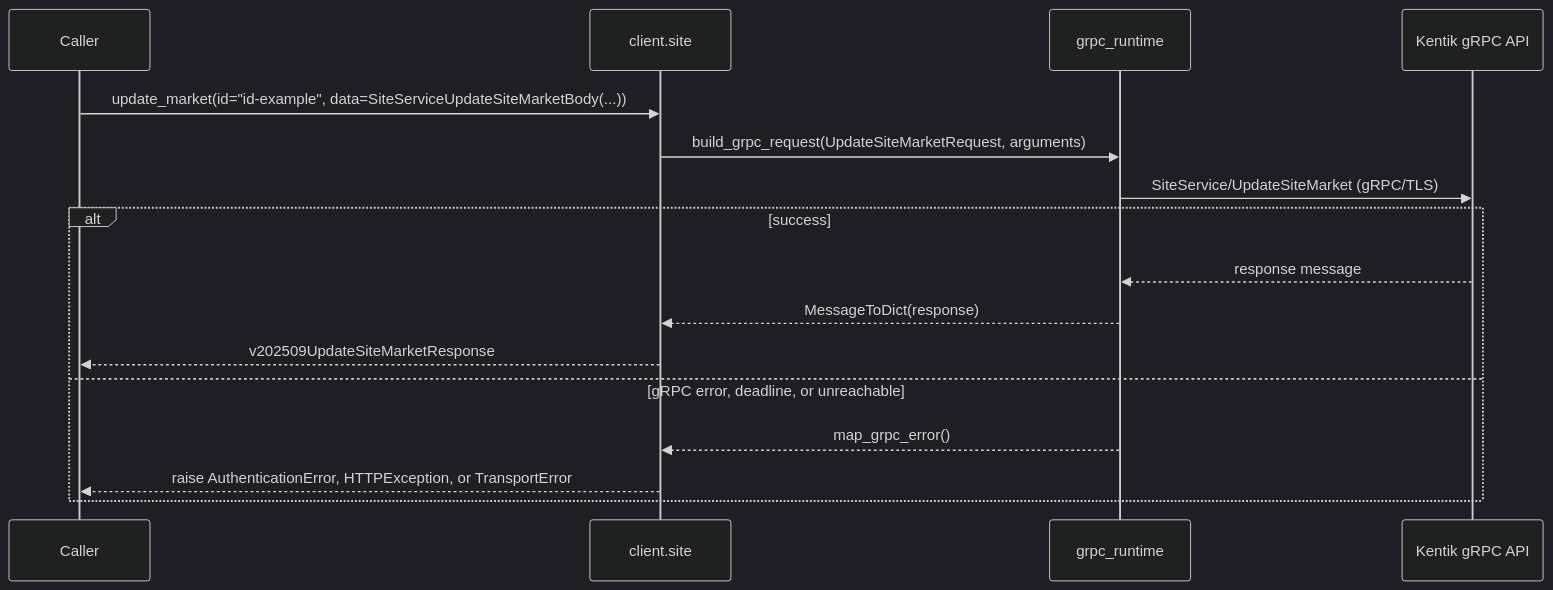
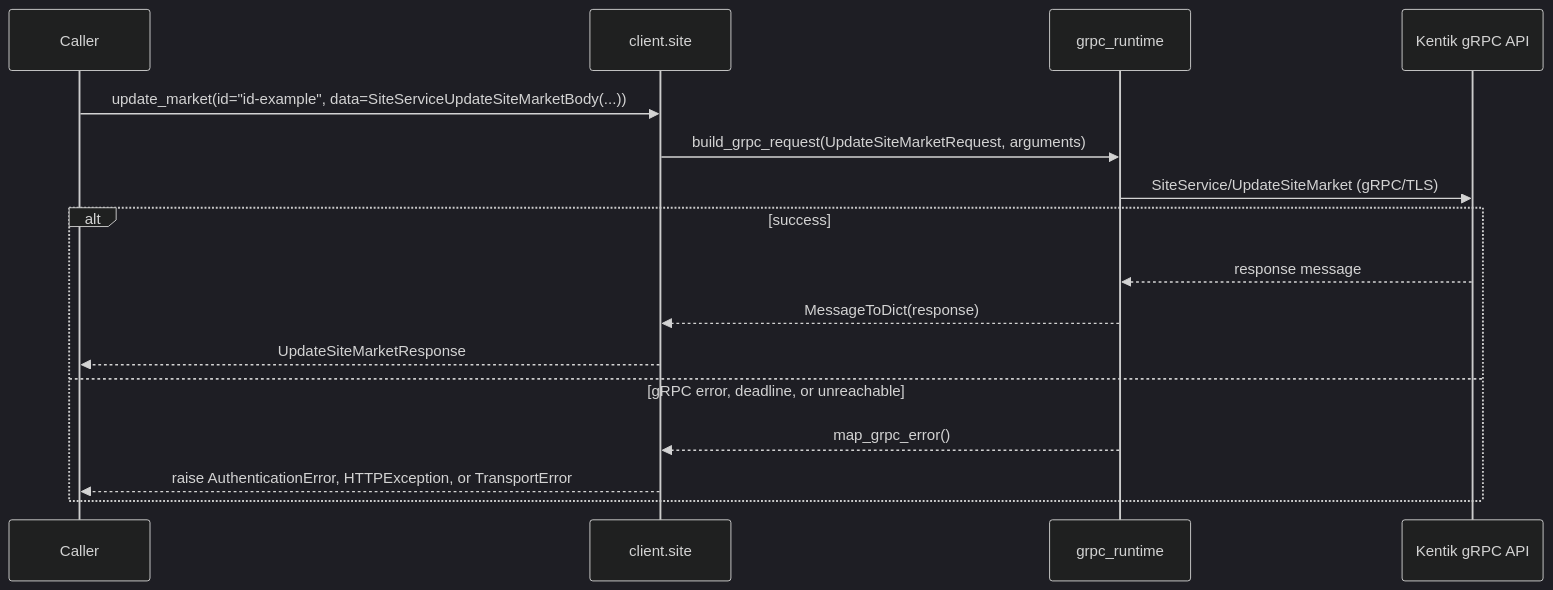
Before and after one commit to alexdearaujo/community_sdk_python: the ninth of 22 diagrams in docs/sphinx/services/site.md, drawn with Mermaid (dark theme). The commit also changed other lines of this file and 38 other files, not shown here.

````diff
--- a/docs/sphinx/services/site.md
+++ b/docs/sphinx/services/site.md
@@ -279,19 +279,19 @@
 ```mermaid
 sequenceDiagram
     participant C as Caller
     participant W as client.site
     participant R as grpc_runtime
     participant API as Kentik gRPC API
 
     C->>W: update_market(id="id-example", data=SiteServiceUpdateSiteMarketBody(...))
     W->>R: build_grpc_request(UpdateSiteMarketRequest, arguments)
     R->>API: SiteService/UpdateSiteMarket (gRPC/TLS)
     alt success
         API-->>R: response message
         R-->>W: MessageToDict(response)
-        W-->>C: v202509UpdateSiteMarketResponse
+        W-->>C: UpdateSiteMarketResponse
     else gRPC error, deadline, or unreachable
         R-->>W: map_grpc_error()
         W-->>C: raise AuthenticationError, HTTPException, or TransportError
     end
 ```
````
